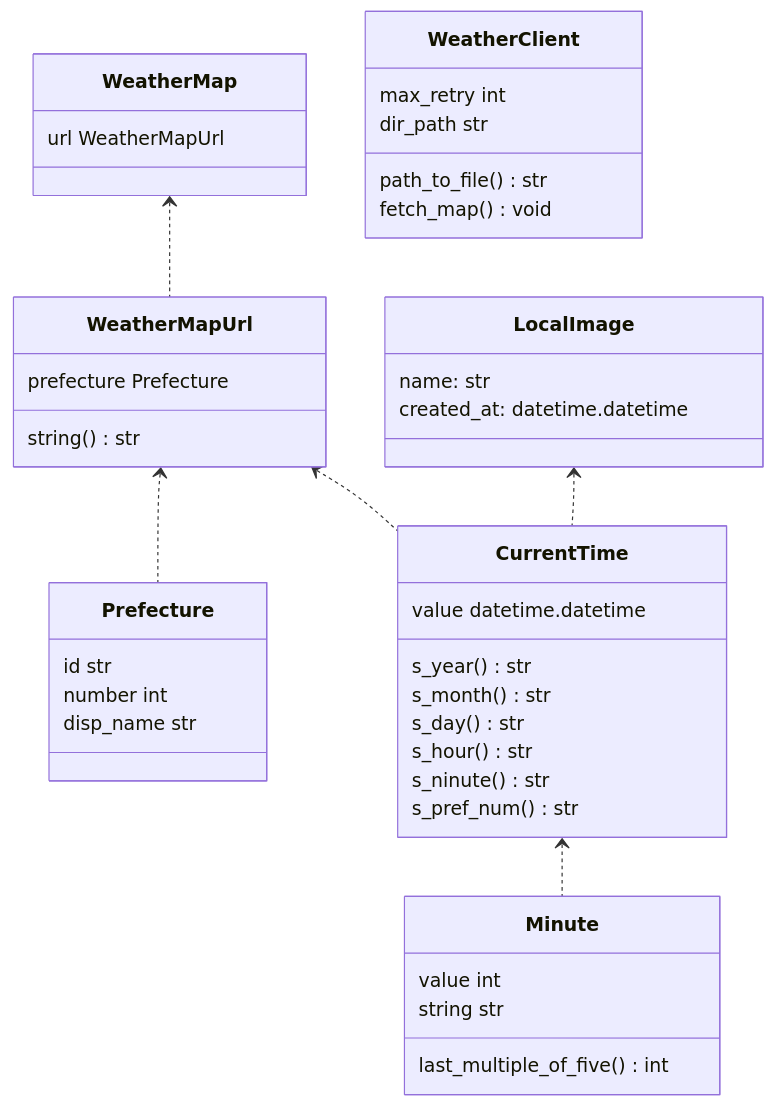
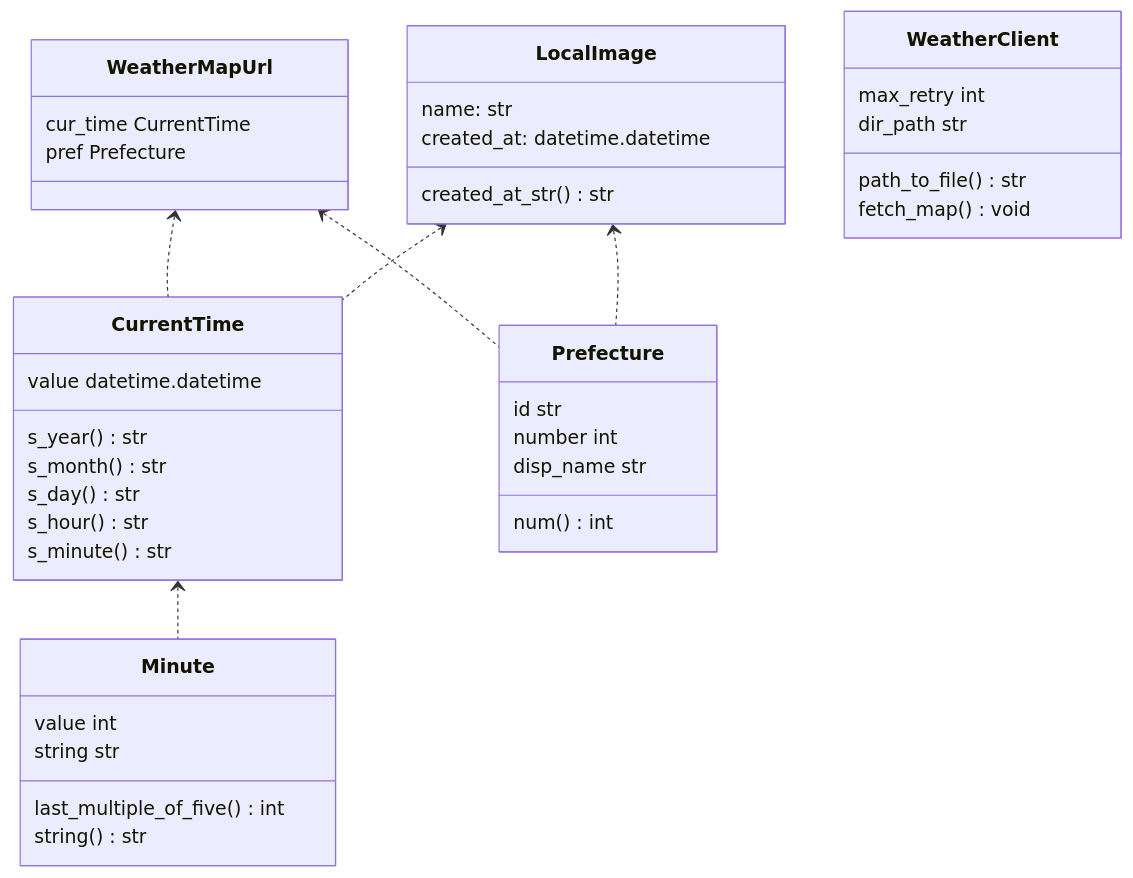
Before and after one commit to azul915/rain-monitor: the second of 2 diagrams in README.md, drawn with Mermaid. The commit also changed other lines of this file and 1 other file, not shown here.

````diff
--- a/README.md
+++ b/README.md
@@ -19,49 +16,48 @@
 ```mermaid
 classDiagram
 	class Minute {
 		value int
 		string str
 		last_multiple_of_five() int
+		string() str
 	}
 
 	class CurrentTime {
 		value datetime.datetime
 		s_year() str
 		s_month() str
 		s_day() str
 		s_hour() str
-		s_ninute() str
-		s_pref_num() str
+		s_minute() str
 	}
 	CurrentTime <.. Minute
 
 	class Prefecture {
 		id str
 		number int
 		disp_name str
+		num() int
 	}
 
 	class WeatherMapUrl {
-		prefecture Prefecture
-		string() str
+		cur_time CurrentTime
+		pref Prefecture
 	}
 	WeatherMapUrl <.. Prefecture
 	WeatherMapUrl <.. CurrentTime
 
-	class WeatherMap {
-		url WeatherMapUrl
-	}
-	WeatherMap <.. WeatherMapUrl
 	class LocalImage {
 		name: str
 		created_at: datetime.datetime
+		created_at_str() str
 	}
 	LocalImage <.. CurrentTime
+	LocalImage <.. Prefecture
 
 	class WeatherClient {
 		max_retry int
 		dir_path str
 		path_to_file() str
 		fetch_map() void
 	}
 ```
````
